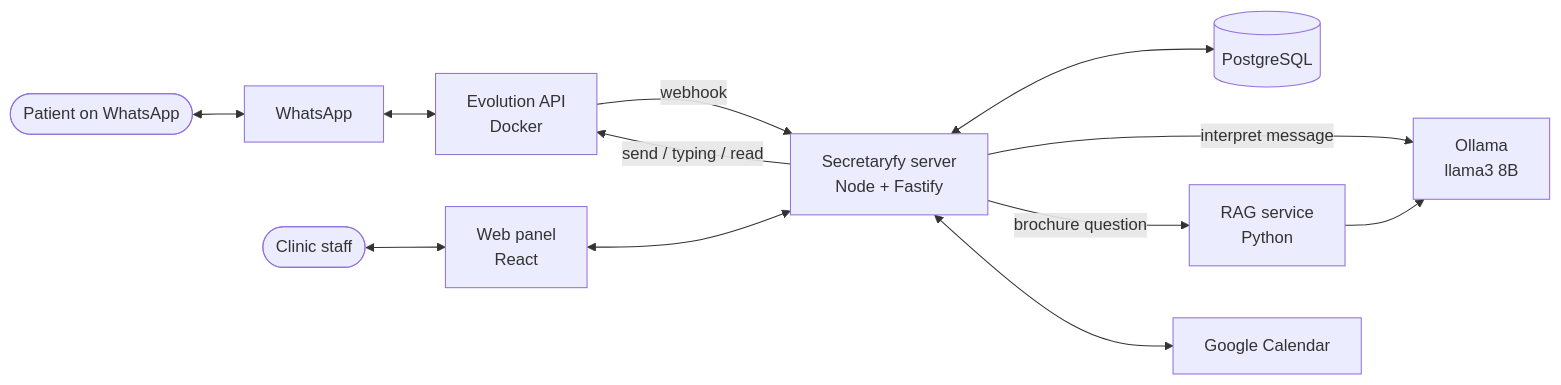
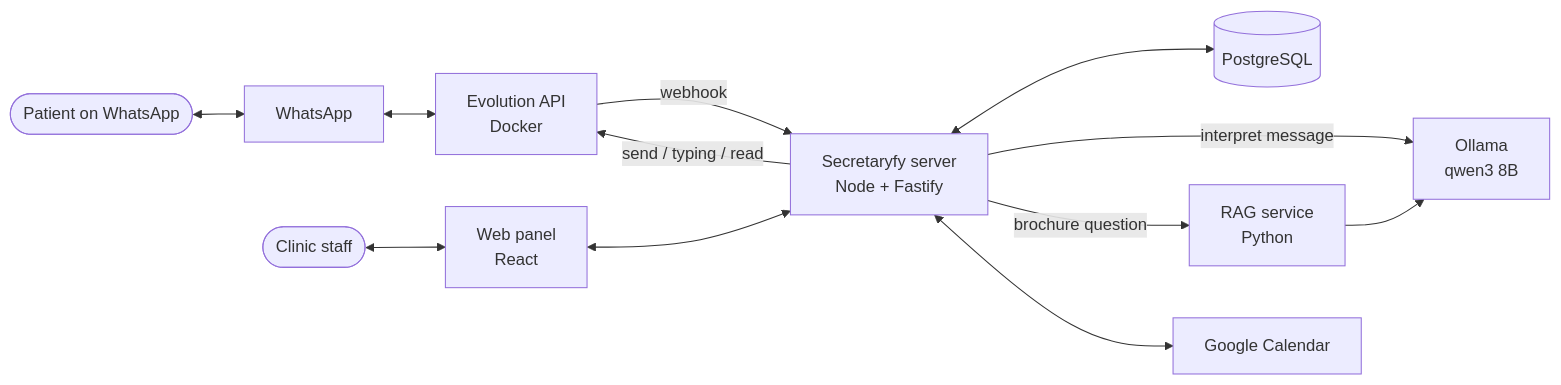
Before and after one commit to devfilip1/Secretaryfy: the diagram in docs/README.md, drawn with Mermaid. The commit also changed other lines of this file and 13 other files, not shown here.

````diff
--- a/docs/README.md
+++ b/docs/README.md
@@ -26,13 +26,13 @@
 ```mermaid
 flowchart LR
   P([Patient on WhatsApp]) <--> WA[WhatsApp]
   WA <--> EVO[Evolution API<br/>Docker]
   EVO -- webhook --> S[Secretaryfy server<br/>Node + Fastify]
   S -- send / typing / read --> EVO
   S <--> DB[(PostgreSQL)]
-  S -- interpret message --> OL[Ollama<br/>llama3 8B]
+  S -- interpret message --> OL[Ollama<br/>qwen3 8B]
   S -- brochure question --> RAG[RAG service<br/>Python]
   RAG --> OL
   S <--> GC[Google Calendar]
   OP([Clinic staff]) <--> PANEL[Web panel<br/>React] <--> S
 ```
````
